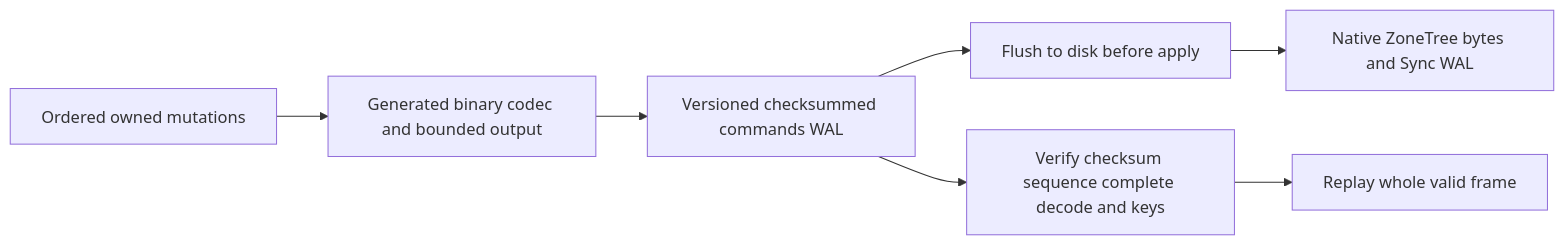
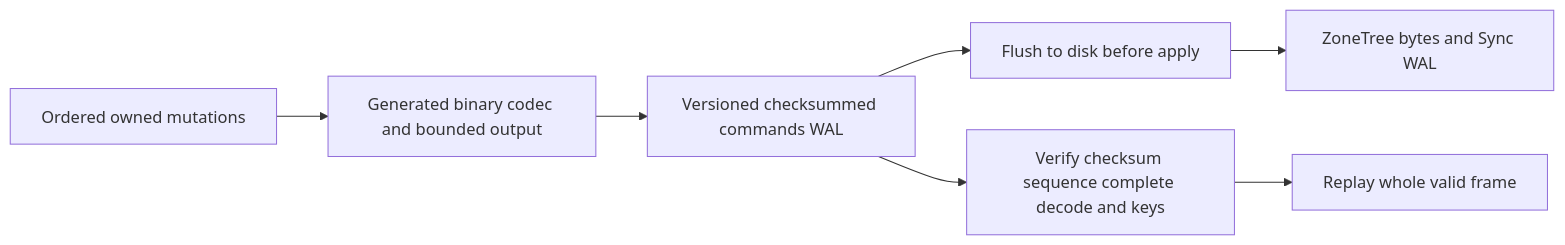
One commit to managedcode/KeyLoad changed the diagram in docs/ADR/ADR-057-orleans-atomic-wal.md. Above: the diagram before and after it, drawn with Mermaid. The commit also changed other lines of this file and 9016 other files, not shown here.

````diff
--- a/docs/ADR/ADR-057-orleans-atomic-wal.md
+++ b/docs/ADR/ADR-057-orleans-atomic-wal.md
@@ -11,9 +11,9 @@
 ```mermaid
 flowchart LR
     Stage[Ordered owned mutations] --> Orleans[Generated binary codec and bounded output]
     Orleans --> Journal[Versioned checksummed commands WAL]
     Journal --> Flush[Flush to disk before apply]
-    Flush --> Tree[Native ZoneTree bytes and Sync WAL]
+    Flush --> Tree[ZoneTree bytes and Sync WAL]
     Journal --> Verify[Verify checksum sequence complete decode and keys]
     Verify --> Replay[Replay whole valid frame]
 ```
````
